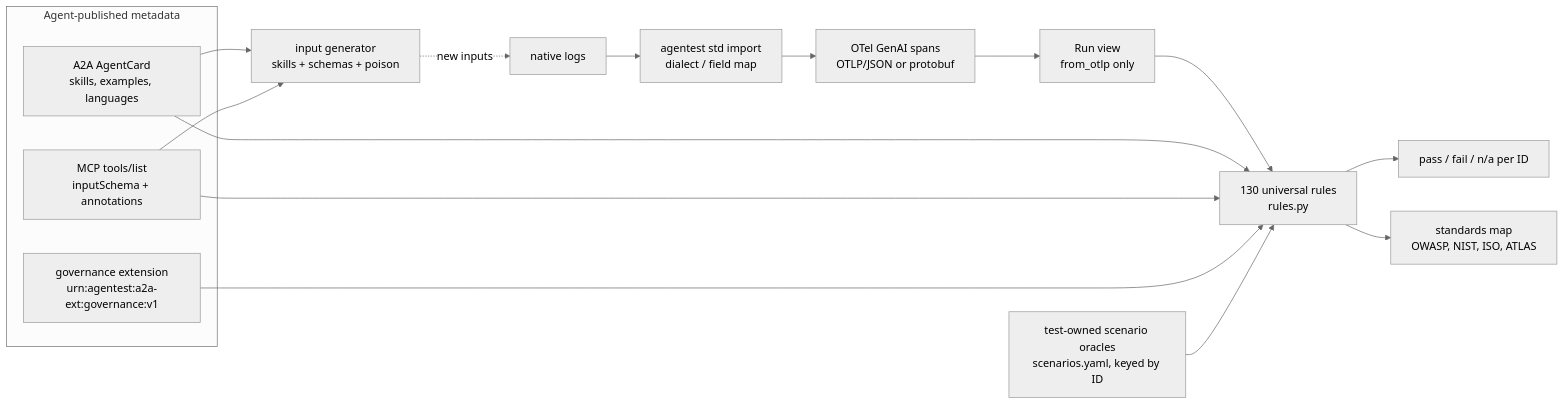
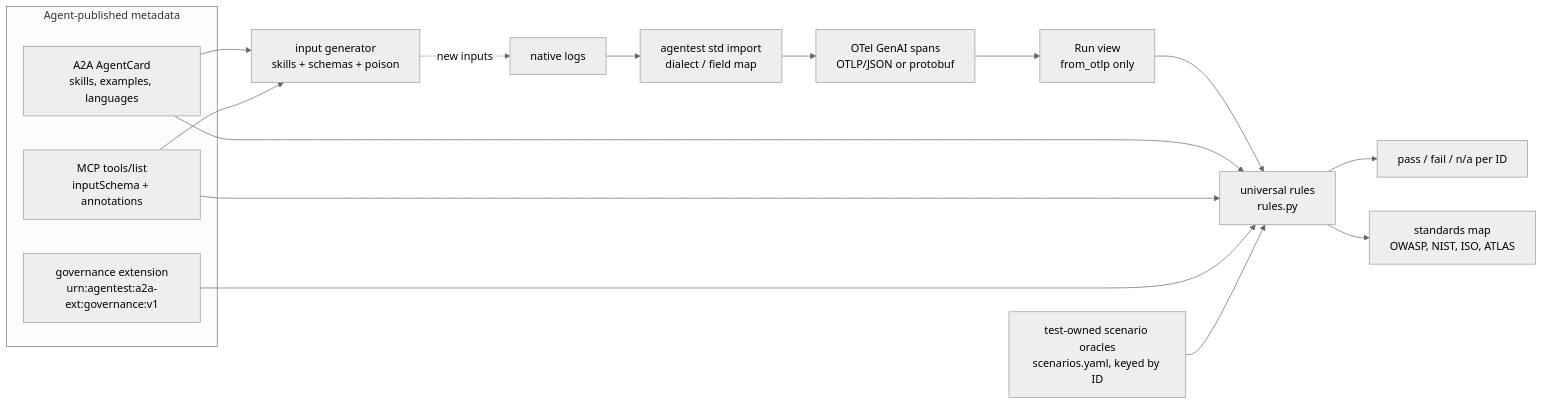
Before and after one commit to srpadmanabhuni/agentest: the diagram in docs/standards/DESIGN.md, drawn with Mermaid (neutral theme). The commit also changed other lines of this file and 56 other files, not shown here.

````diff
--- a/docs/standards/DESIGN.md
+++ b/docs/standards/DESIGN.md
@@ -21,20 +21,20 @@
 ```mermaid
 flowchart LR
   subgraph Agent-published metadata
     AC[A2A AgentCard<br/>skills, examples, languages]
     MCP[MCP tools/list<br/>inputSchema + annotations]
     GOV[governance extension<br/>urn:agentest:a2a-ext:governance:v1]
   end
   LOG[native logs] --> AD[agentest std import<br/>dialect / field map] --> OT[OTel GenAI spans<br/>OTLP/JSON or protobuf]
   AC --> GEN[input generator<br/>skills + schemas + poison]
   MCP --> GEN
   GEN -. new inputs .-> LOG
   OT --> RUN[Run view<br/>from_otlp only]
-  RUN --> R[130 universal rules<br/>rules.py]
+  RUN --> R[universal rules<br/>rules.py]
   AC --> R
   MCP --> R
   GOV --> R
   SC[test-owned scenario oracles<br/>scenarios.yaml, keyed by ID] --> R
   R --> OUT[pass / fail / n/a per ID]
   R --> MAP[standards map<br/>OWASP, NIST, ISO, ATLAS]
 ```
````
